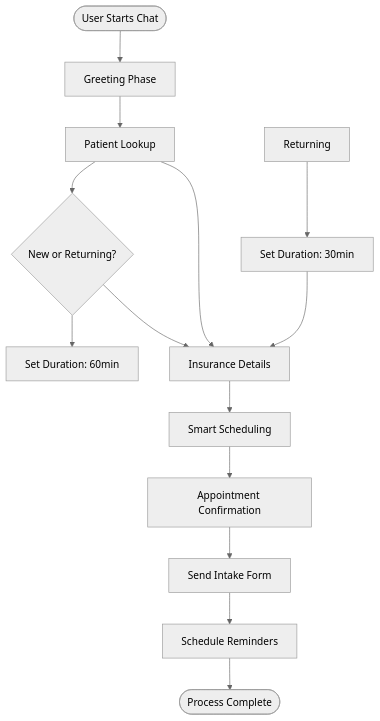
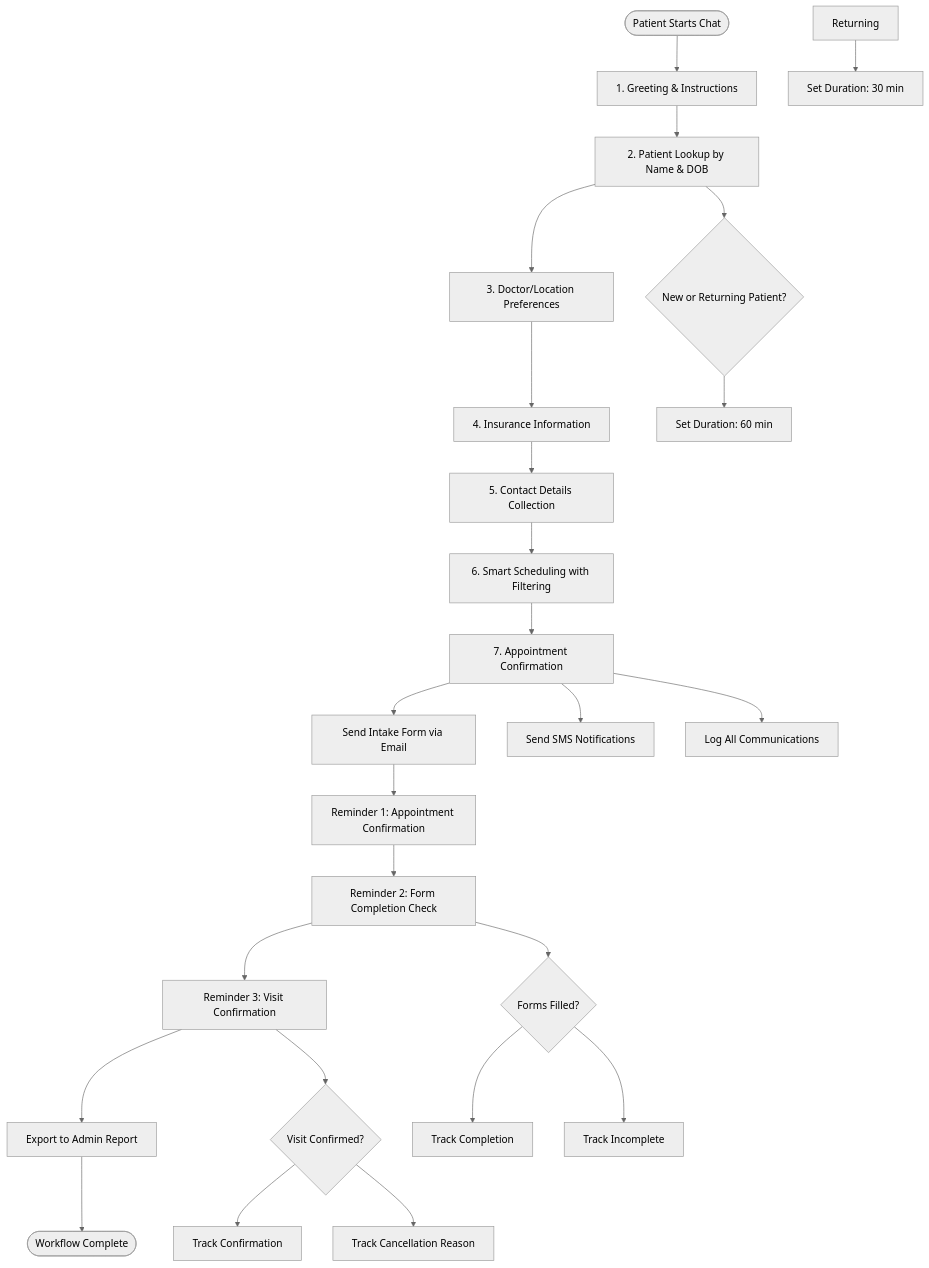
One commit to Kedhareswer/ai-scheduling-agent changed the fourth of 4 diagrams in README.md. Above: the diagram before and after it, drawn with Mermaid (neutral theme). The commit also changed other lines of this file and 10 other files, not shown here.

````diff
--- a/README.md
+++ b/README.md
@@ -68,18 +222,32 @@
 ```mermaid
 flowchart TD
-    Start([User Starts Chat]) --> Greet[Greeting Phase]
-    Greet --> Lookup[Patient Lookup]
-    Lookup --> Insurance[Insurance Details]
-    Insurance --> Schedule[Smart Scheduling]
-    Schedule --> Confirm[Appointment Confirmation]
-    Confirm --> Email[Send Intake Form]
-    Email --> Reminder[Schedule Reminders]
-    Reminder --> End([Process Complete])
+    Start([Patient Starts Chat]) --> Greet[1. Greeting & Instructions]
+    Greet --> Lookup[2. Patient Lookup by Name & DOB]
+    Lookup --> Preferences[3. Doctor/Location Preferences]
+    Preferences --> Insurance[4. Insurance Information]
+    Insurance --> Contact[5. Contact Details Collection]
+    Contact --> Schedule[6. Smart Scheduling with Filtering]
+    Schedule --> Confirm[7. Appointment Confirmation]
+    Confirm --> Email[Send Intake Form via Email]
+    Email --> Reminder1[Reminder 1: Appointment Confirmation]
+    Reminder1 --> Reminder2[Reminder 2: Form Completion Check]
+    Reminder2 --> Reminder3[Reminder 3: Visit Confirmation]
+    Reminder3 --> Export[Export to Admin Report]
+    Export --> End([Workflow Complete])
 
-    Lookup --> New{New or Returning?}
-    New --> Insurance
-    New --> Duration[Set Duration: 60min]
+    Lookup --> New{New or Returning Patient?}
+    New --> Duration[Set Duration: 60 min]
+    Returning --> Duration2[Set Duration: 30 min]
 
-    Returning --> Duration2[Set Duration: 30min]
-    Duration2 --> Insurance
+    Confirm --> SMS[Send SMS Notifications]
+    Confirm --> Log[Log All Communications]
+
+    Reminder2 --> Action{Forms Filled?}
+    Reminder3 --> ConfirmVisit{Visit Confirmed?}
+
+    Action --> Yes[Track Completion]
+    Action --> No[Track Incomplete]
+
+    ConfirmVisit --> Confirmed[Track Confirmation]
+    ConfirmVisit --> Cancelled[Track Cancellation Reason]
 ```
````
